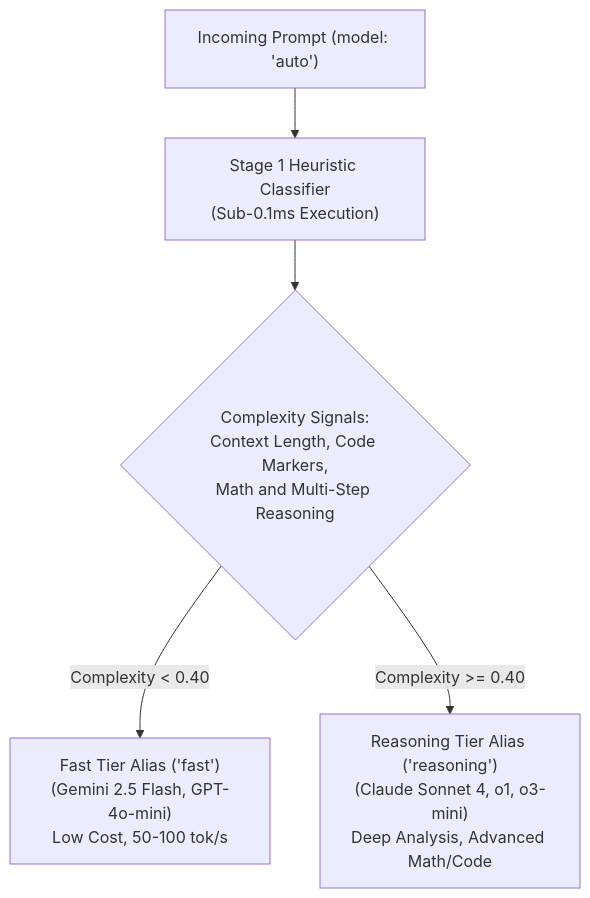
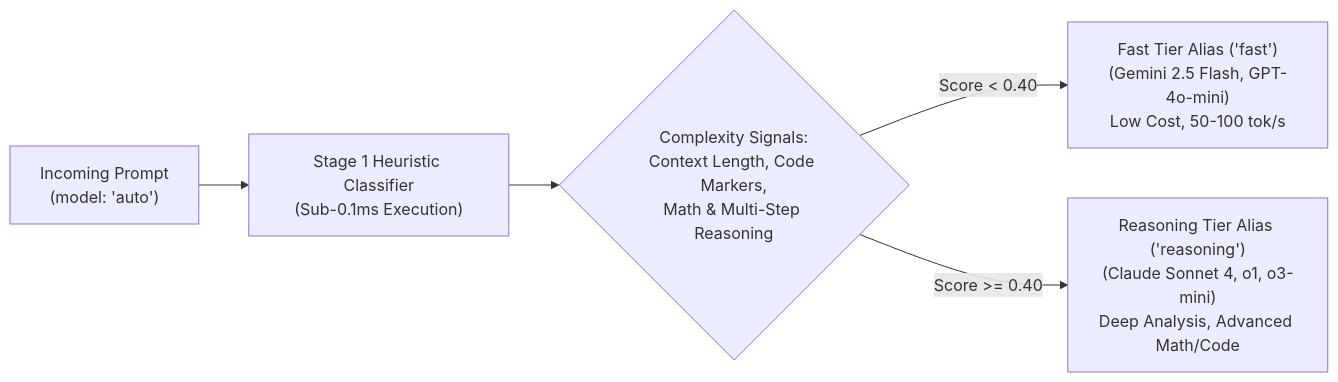
Before and after one commit to goroute-ai/goroute-ai.github.io: the diagram in docs/routing-resiliency/complexity-classifier.md, drawn with Mermaid. The commit also changed 8 other files, not shown here.

Commit message:
fix: integrate beautiful-mermaid, fix table overflow, and refine landing page

````diff
--- a/docs/routing-resiliency/complexity-classifier.md
+++ b/docs/routing-resiliency/complexity-classifier.md
@@ -10,7 +10,7 @@
 ```mermaid
-graph TD
-    Prompt["Incoming Prompt (model: 'auto')"] --> Stage1["Stage 1 Heuristic Classifier<br/>(Sub-0.1ms Execution)"]
-    Stage1 --> Signals{"Complexity Signals:<br/>Context Length, Code Markers,<br/>Math and Multi-Step Reasoning"}
-    Signals -- "Complexity < 0.40" --> Fast["Fast Tier Alias ('fast')<br/>(Gemini 2.5 Flash, GPT-4o-mini)<br/>Low Cost, 50-100 tok/s"]
-    Signals -- "Complexity >= 0.40" --> Reasoning["Reasoning Tier Alias ('reasoning')<br/>(Claude Sonnet 4, o1, o3-mini)<br/>Deep Analysis, Advanced Math/Code"]
+flowchart LR
+    Prompt["Incoming Prompt<br/>(model: 'auto')"] --> Stage1["Stage 1 Heuristic Classifier<br/>(Sub-0.1ms Execution)"]
+    Stage1 --> Signals{"Complexity Signals:<br/>Context Length, Code Markers,<br/>Math & Multi-Step Reasoning"}
+    Signals -->|"Score < 0.40"| Fast["Fast Tier Alias ('fast')<br/>(Gemini 2.5 Flash, GPT-4o-mini)<br/>Low Cost, 50-100 tok/s"]
+    Signals -->|"Score >= 0.40"| Reasoning["Reasoning Tier Alias ('reasoning')<br/>(Claude Sonnet 4, o1, o3-mini)<br/>Deep Analysis, Advanced Math/Code"]
 ```
````
